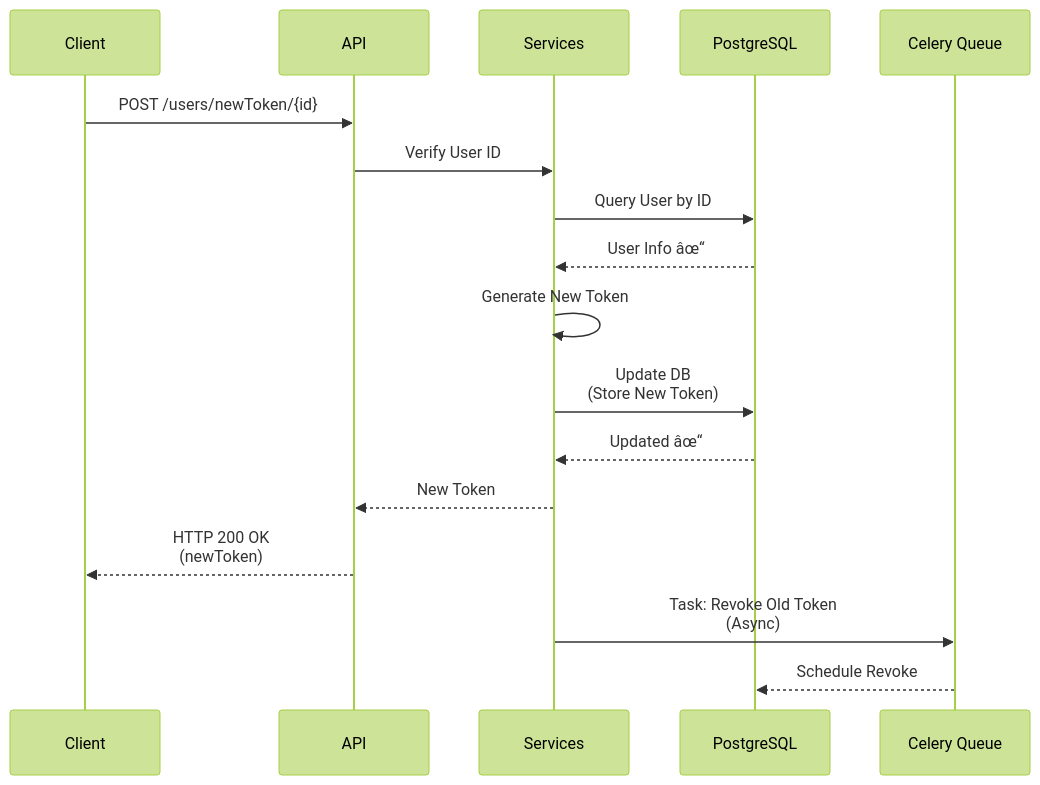
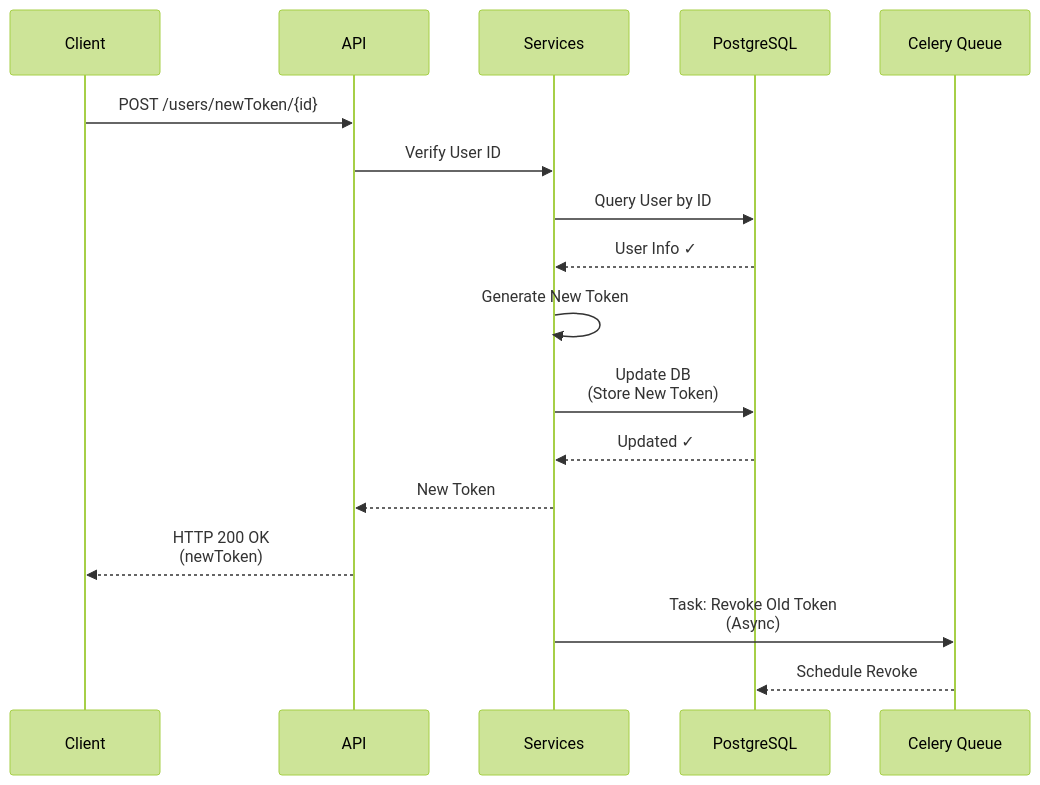
The fourth of 8 diagrams in README.md (Sumit0ubey/MailAPIX), drawn with Mermaid (forest theme) before and after one commit. The commit also changed other lines of this file, not shown here.

````diff
--- a/README.md
+++ b/README.md
@@ -250,21 +250,21 @@
 ```mermaid
 sequenceDiagram
     participant Client
     participant API
     participant Services
     participant DB as PostgreSQL
     participant Queue as Celery Queue
 
     Client->>API: POST /users/newToken/{id}
     API->>Services: Verify User ID
     Services->>DB: Query User by ID
-    DB-->>Services: User Info âœ“
+    DB-->>Services: User Info ✓
     Services->>Services: Generate New Token
     Services->>DB: Update DB<br/>(Store New Token)
-    DB-->>Services: Updated âœ“
+    DB-->>Services: Updated ✓
     Services-->>API: New Token
     API-->>Client: HTTP 200 OK<br/>(newToken)
     
     Services->>Queue: Task: Revoke Old Token<br/>(Async)
     Queue-->>DB: Schedule Revoke
 ```
````
